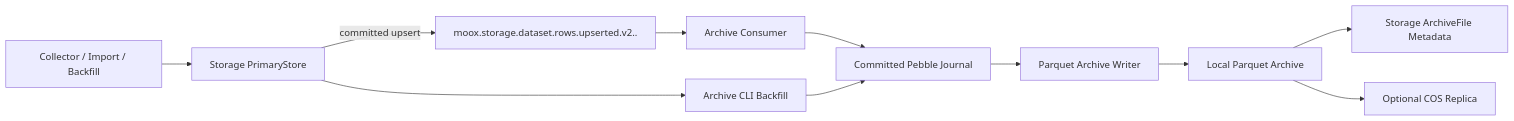
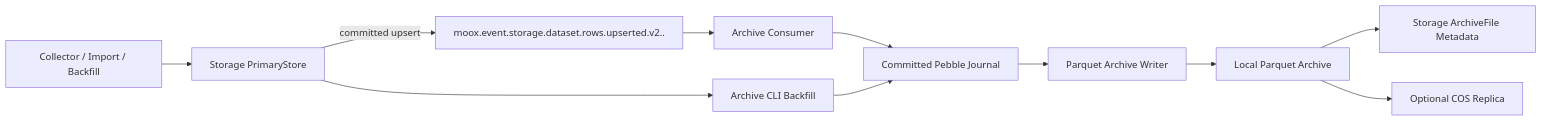
Before and after one commit to mooyang-code/moox: the diagram in docs/行情数据归档模块设计.md, drawn with Mermaid. The commit also changed other lines of this file and 719 other files, not shown here.

````diff
--- a/docs/行情数据归档模块设计.md
+++ b/docs/行情数据归档模块设计.md
@@ -83,13 +83,13 @@
 ```mermaid
 flowchart LR
     Collector["Collector / Import / Backfill"] --> Storage["Storage PrimaryStore"]
-    Storage -->|"committed upsert"| Event["moox.storage.dataset.rows.upserted.v2.<space>.<dataset>"]
+    Storage -->|"committed upsert"| Event["moox.event.storage.dataset.rows.upserted.v2.<space>.<dataset>"]
     Event --> Consumer["Archive Consumer"]
     Consumer --> Journal["Committed Pebble Journal"]
     Journal --> Writer["Parquet Archive Writer"]
     Writer --> Local["Local Parquet Archive"]
     Local --> Registry["Storage ArchiveFile Metadata"]
     Local --> COS["Optional COS Replica"]
     Storage --> Backfill["Archive CLI Backfill"]
     Backfill --> Journal
 ```
````
